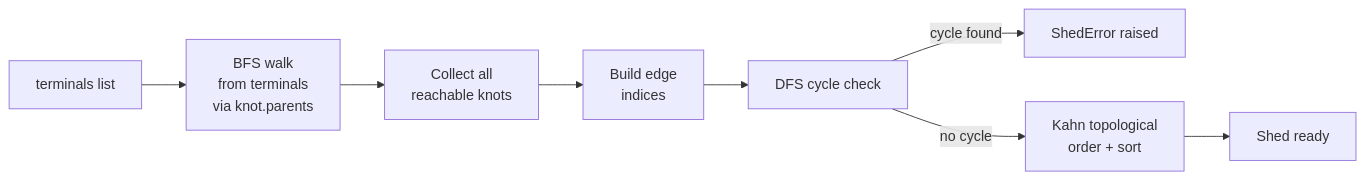
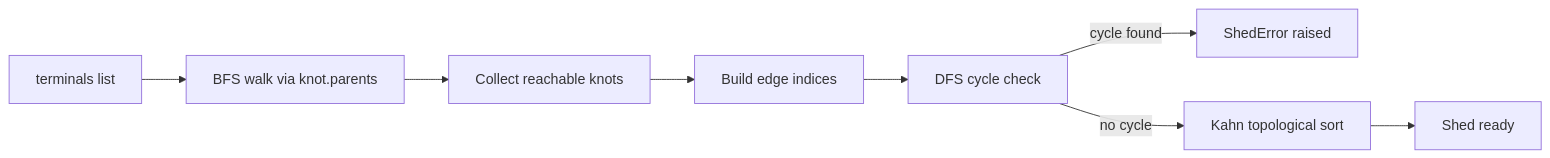
One commit to snoodleboot-io/pirn changed the second of 2 diagrams in docs/architecture/execution-model.md. Above: the diagram before and after it, drawn with Mermaid. The commit also changed other lines of this file and 5 other files, not shown here.

First line of the commit message:
fix: mermaid rendering and yaml-loader docs (#10)

````diff
--- a/docs/architecture/execution-model.md
+++ b/docs/architecture/execution-model.md
@@ -214,10 +206,10 @@
 ```mermaid
 flowchart LR
-    A[terminals list] --> B[BFS walk\nfrom terminals\nvia knot.parents]
-    B --> C[Collect all\nreachable knots]
-    C --> D[Build edge\nindices]
+    A[terminals list] --> B["BFS walk via knot.parents"]
+    B --> C["Collect reachable knots"]
+    C --> D["Build edge indices"]
     D --> E[DFS cycle check]
     E -->|cycle found| F[ShedError raised]
-    E -->|no cycle| G[Kahn topological\norder + sort]
+    E -->|no cycle| G["Kahn topological sort"]
     G --> H[Shed ready]
 ```
````
